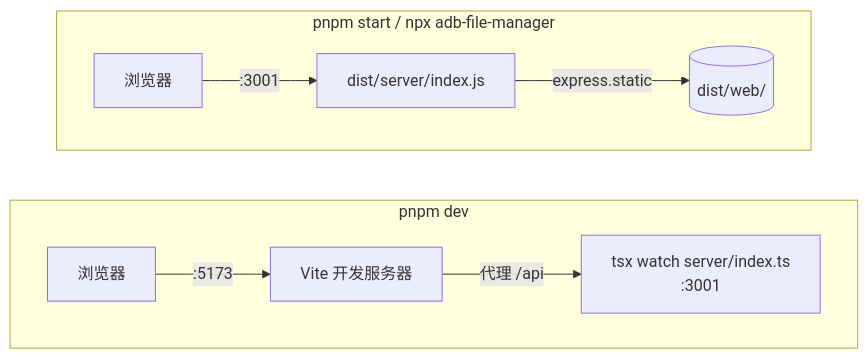
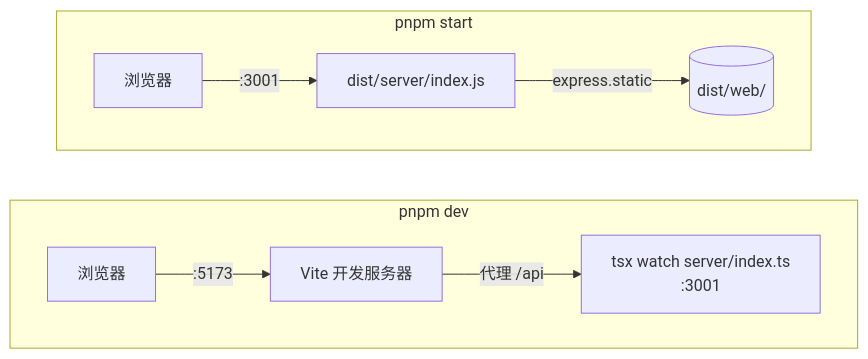
One commit to wynnyu/adb-file-manager changed the second of 12 diagrams in docs/architecture.md. Above: the diagram before and after it, drawn with Mermaid. The commit also changed 6 other files, not shown here.

````diff
--- a/docs/architecture.md
+++ b/docs/architecture.md
@@ -47,13 +47,13 @@
 ```mermaid
 flowchart LR
   subgraph Dev["pnpm dev"]
     direction LR
     B1["浏览器"] -- ":5173" --> Vite["Vite 开发服务器"]
     Vite -- "代理 /api" --> API1["tsx watch server/index.ts<br/>:3001"]
   end
-  subgraph Prod["pnpm start / npx adb-file-manager"]
+  subgraph Prod["pnpm start"]
     direction LR
     B2["浏览器"] -- ":3001" --> API2["dist/server/index.js"]
     API2 -- "express.static" --> Web[("dist/web/")]
   end
 ```
````
